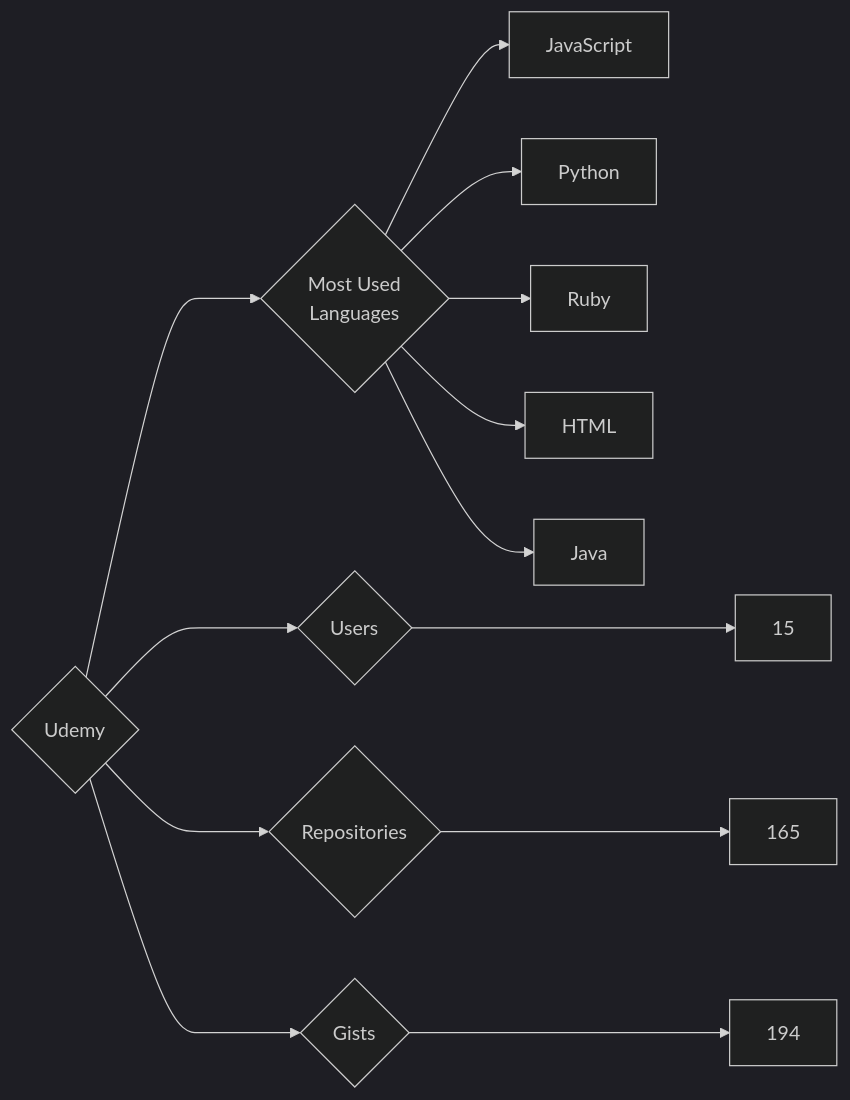
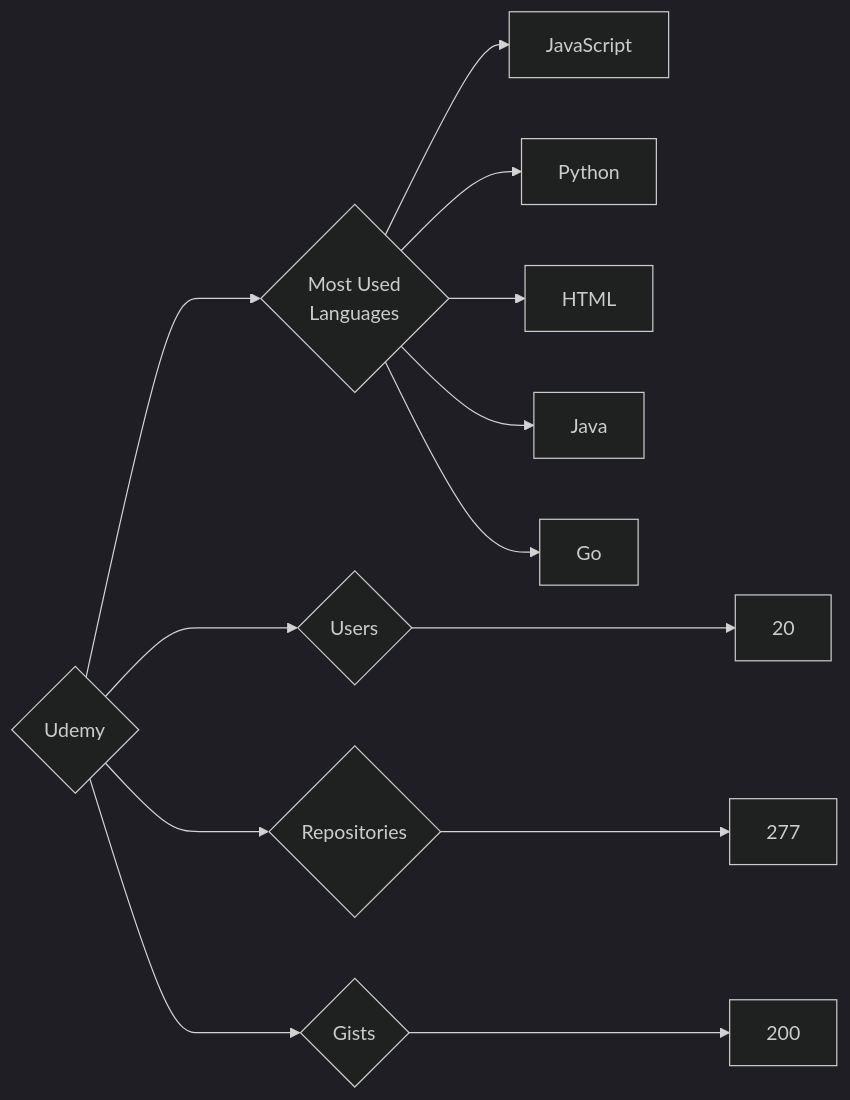
The diagram in targets/Udemy/README.md (trickest/insiders), drawn with Mermaid (dark theme) before and after one commit. The commit also changed 1484 other files, not shown here.

````diff
--- a/targets/Udemy/README.md
+++ b/targets/Udemy/README.md
@@ -3,13 +3,13 @@
 ```mermaid
 graph LR
 COMPANY_NAME{Udemy}
-COMPANY_NAME ---> U{Users} ---> UN[15]
-COMPANY_NAME ---> R{Repositories} ---> RN[165]
-COMPANY_NAME ---> G{Gists} ---> GN[194]
+COMPANY_NAME ---> U{Users} ---> UN[20]
+COMPANY_NAME ---> R{Repositories} ---> RN[277]
+COMPANY_NAME ---> G{Gists} ---> GN[200]
 COMPANY_NAME ---> ML{Most Used<br>Languages}
 ML --> JavaScript[JavaScript]
 ML --> Python[Python]
-ML --> Ruby[Ruby]
 ML --> HTML[HTML]
 ML --> Java[Java]
+ML --> Go[Go]
 ```
````
